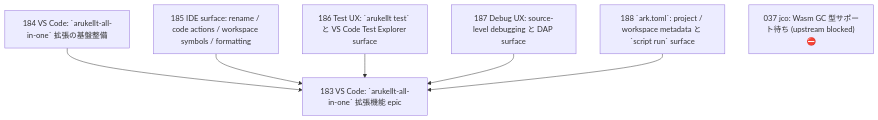
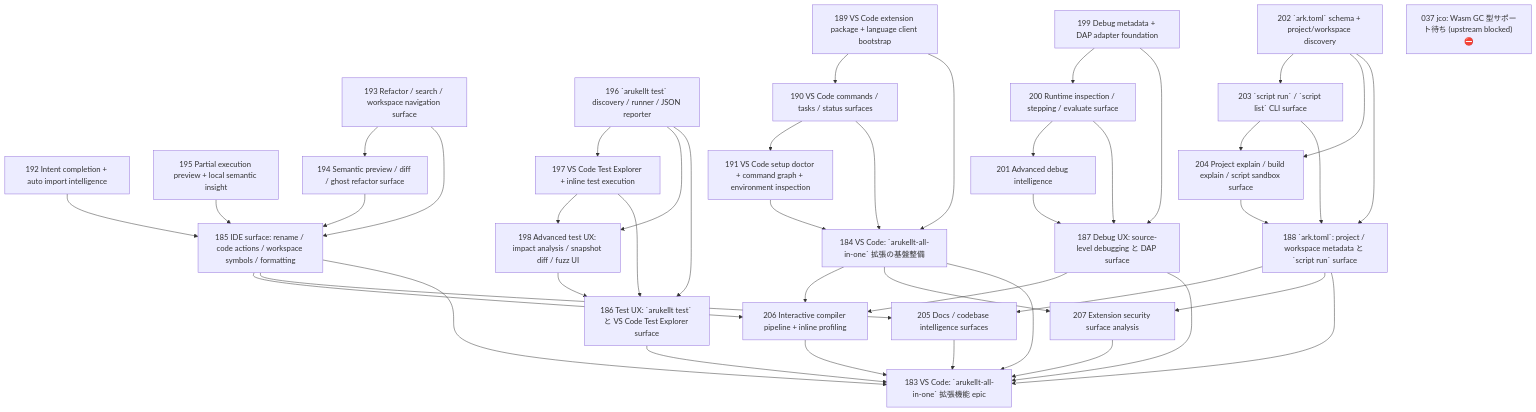
Before and after one commit to wogikaze/arukellt: the diagram in issues/open/dependency-graph.md, drawn with Mermaid. The commit also changed other lines of this file and 26 other files, not shown here.

````diff
--- a/issues/open/dependency-graph.md
+++ b/issues/open/dependency-graph.md
@@ -7,15 +7,71 @@
 ```mermaid
 graph TD
+  I189["189 VS Code extension package + language client bootstrap"]
+  I192["192 Intent completion + auto import intelligence"]
+  I193["193 Refactor / search / workspace navigation surface"]
+  I195["195 Partial execution preview + local semantic insight"]
+  I196["196 `arukellt test` discovery / runner / JSON reporter"]
+  I199["199 Debug metadata + DAP adapter foundation"]
+  I202["202 `ark.toml` schema + project/workspace discovery"]
+  I190["190 VS Code commands / tasks / status surfaces"]
+  I194["194 Semantic preview / diff / ghost refactor surface"]
+  I197["197 VS Code Test Explorer + inline test execution"]
+  I200["200 Runtime inspection / stepping / evaluate surface"]
+  I203["203 `script run` / `script list` CLI surface"]
+  I191["191 VS Code setup doctor + command graph + environment inspection"]
+  I185["185 IDE surface: rename / code actions / workspace symbols / formatting"]
+  I198["198 Advanced test UX: impact analysis / snapshot diff / fuzz UI"]
+  I201["201 Advanced debug intelligence"]
+  I204["204 Project explain / build explain / script sandbox surface"]
   I184["184 VS Code: `arukellt-all-in-one` 拡張の基盤整備"]
-  I185["185 IDE surface: rename / code actions / workspace symbols / formatting"]
   I186["186 Test UX: `arukellt test` と VS Code Test Explorer surface"]
   I187["187 Debug UX: source-level debugging と DAP surface"]
   I188["188 `ark.toml`: project / workspace metadata と `script run` surface"]
+  I206["206 Interactive compiler pipeline + inline profiling"]
+  I205["205 Docs / codebase intelligence surfaces"]
+  I207["207 Extension security surface analysis"]
   I183["183 VS Code: `arukellt-all-in-one` 拡張機能 epic"]
   I037["037 jco: Wasm GC 型サポート待ち (upstream blocked) ⛔"]
+  I189 --> I190
+  I193 --> I194
+  I196 --> I197
+  I199 --> I200
+  I202 --> I203
+  I190 --> I191
+  I192 --> I185
+  I193 --> I185
+  I194 --> I185
+  I195 --> I185
+  I196 --> I198
+  I197 --> I198
+  I200 --> I201
+  I202 --> I204
+  I203 --> I204
+  I189 --> I184
+  I190 --> I184
+  I191 --> I184
+  I196 --> I186
+  I197 --> I186
+  I198 --> I186
+  I199 --> I187
+  I200 --> I187
+  I201 --> I187
+  I202 --> I188
+  I203 --> I188
+  I204 --> I188
+  I184 --> I206
+  I185 --> I206
+  I187 --> I206
+  I185 --> I205
+  I188 --> I205
+  I184 --> I207
+  I188 --> I207
   I184 --> I183
   I185 --> I183
   I186 --> I183
   I187 --> I183
   I188 --> I183
+  I205 --> I183
+  I206 --> I183
+  I207 --> I183
 ```
````
